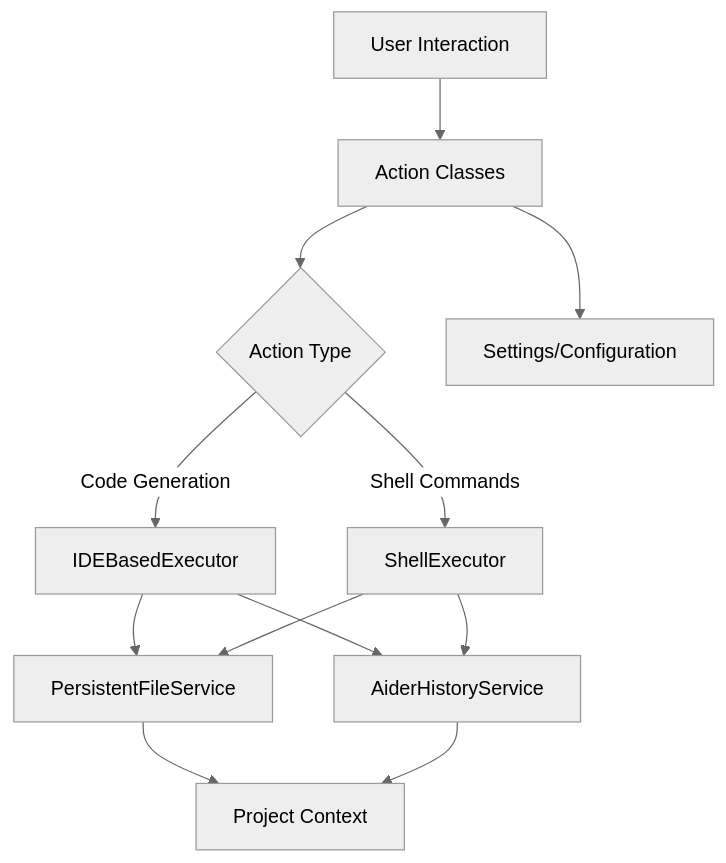
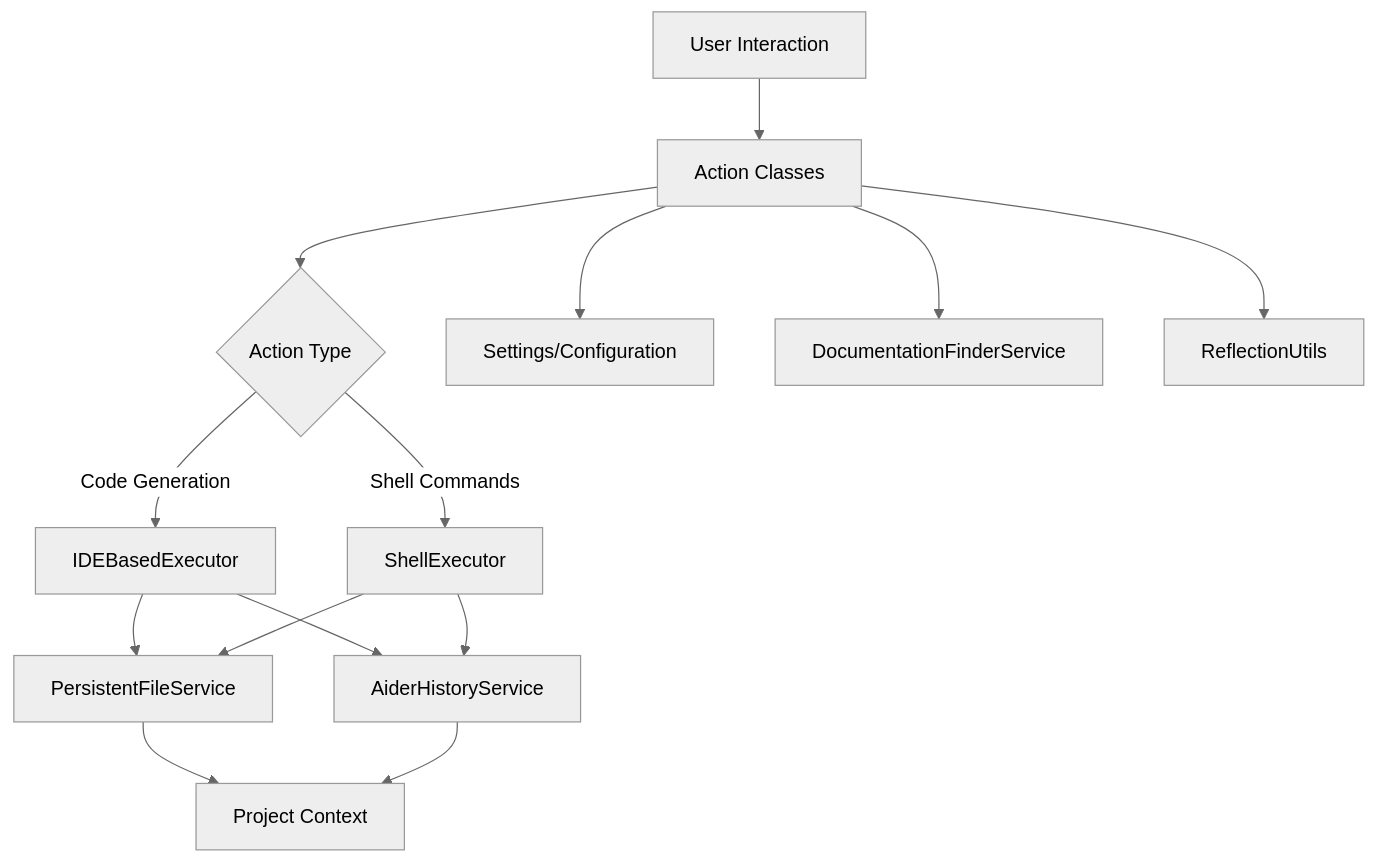
One commit to p-wegner/coding-aider changed the diagram in src/main/kotlin/de/andrena/codingaider/actions/actions.md. Above: the diagram before and after it, drawn with Mermaid (neutral theme). The commit also changed other lines of this file, not shown here.

Commit message:
fix: Update actions.md with comprehensive module documentation and enhanced details

````diff
--- a/src/main/kotlin/de/andrena/codingaider/actions/actions.md
+++ b/src/main/kotlin/de/andrena/codingaider/actions/actions.md
@@ -49,14 +83,16 @@
 ```mermaid
 graph TD
     A[User Interaction] --> B[Action Classes]
     B --> C{Action Type}
     C --> |Code Generation| D[IDEBasedExecutor]
     C --> |Shell Commands| E[ShellExecutor]
     D --> F[PersistentFileService]
     E --> F
     D --> G[AiderHistoryService]
     E --> G
     B --> H[Settings/Configuration]
     F --> I[Project Context]
     G --> I
+    B --> J[DocumentationFinderService]
+    B --> K[ReflectionUtils]
 ```
````
